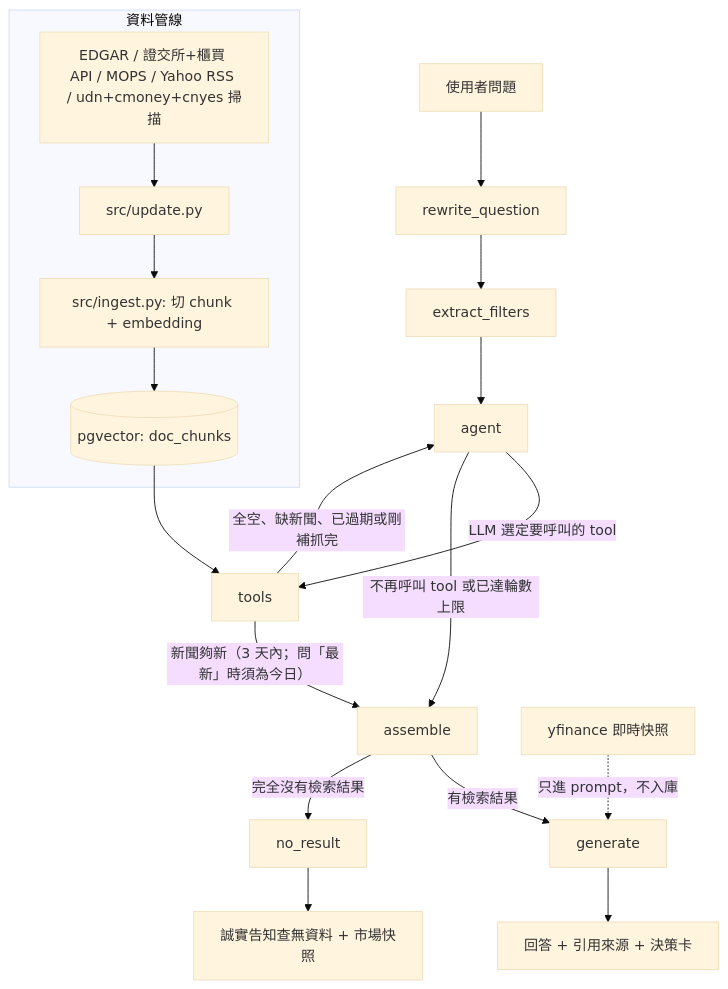
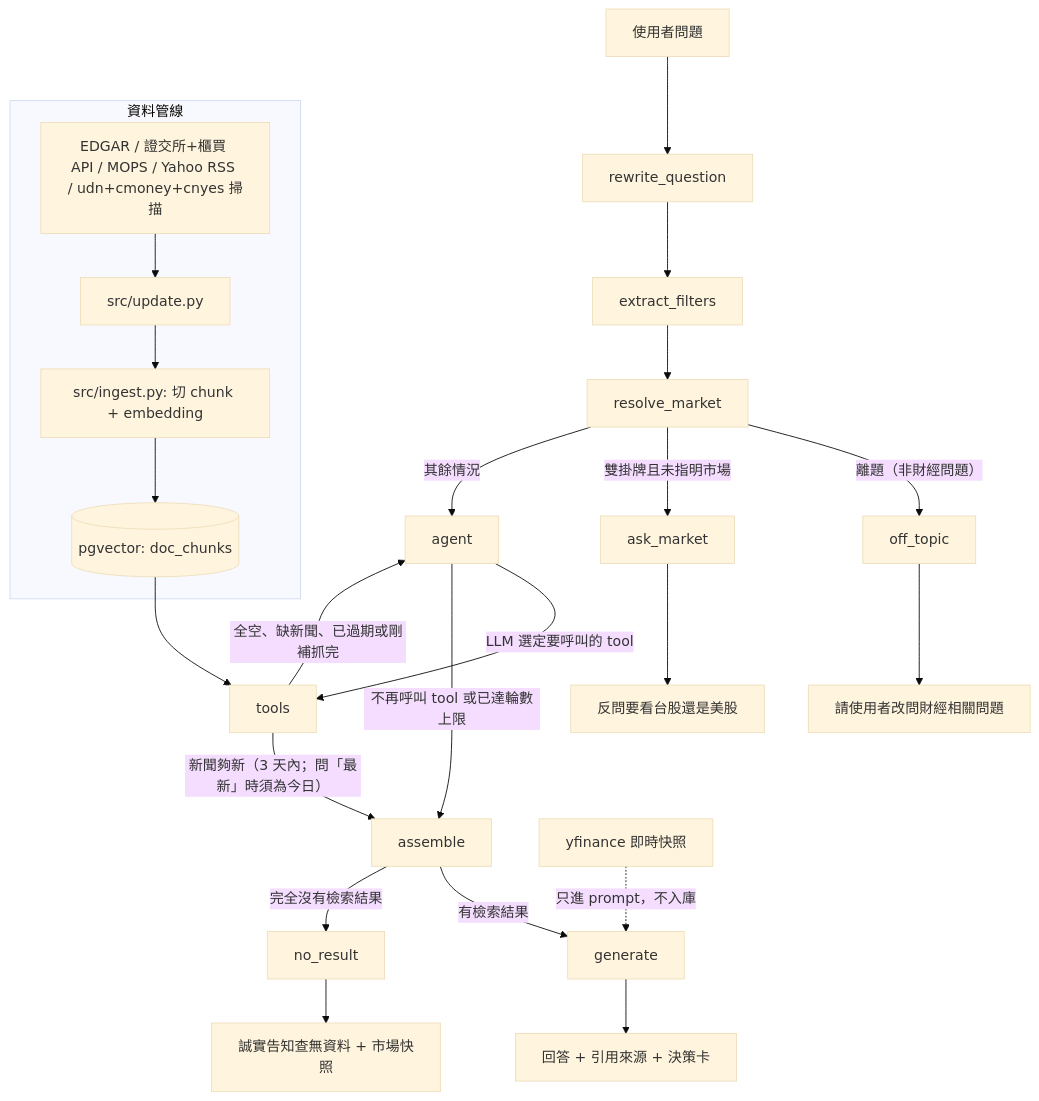
Before and after one commit to thelilywang/finance-ai-assistant: the second of 2 diagrams in README.md, drawn with Mermaid (base theme). The commit also changed other lines of this file and 2 other files, not shown here.

Commit message:
docs: regenerate the architecture diagrams from the compiled graph
The six mermaid blocks still showed extract_filters feeding straight
into agent. resolve_market and ask_market had been missing since the
dual-listing work, and off_topic is new.

All six are rebuilt from build_graph().get_graph().draw_mermaid() so the
node and edge sets match the code rather than an earlier sketch. The
one-line node flow strings and the node tables are updated to match.

````diff
--- a/README.md
+++ b/README.md
@@ -173,22 +178,27 @@
 ```mermaid
 flowchart TD
     U[使用者問題] --> RW[rewrite_question]
     RW --> EF[extract_filters]
-    EF --> AG[agent]
+    EF --> RM[resolve_market]
+    RM -->|"離題（非財經問題）"| OT[off_topic]
+    RM -->|"雙掛牌且未指明市場"| AM[ask_market]
+    RM -->|其餘情況| AG[agent]
     AG -->|LLM 選定要呼叫的 tool| TL[tools]
     AG -->|不再呼叫 tool 或已達輪數上限| AS[assemble]
     TL -->|"新聞夠新（3 天內；問「最新」時須為今日）"| AS
     TL -->|"全空、缺新聞、已過期或剛補抓完"| AG
     AS -->|有檢索結果| GEN[generate]
     AS -->|完全沒有檢索結果| NR[no_result]
     GEN --> A[回答 + 引用來源 + 決策卡]
     NR --> B[誠實告知查無資料 + 市場快照]
+    OT --> C[請使用者改問財經相關問題]
+    AM --> D[反問要看台股還是美股]
 
     subgraph 資料管線
         SRC[EDGAR / 證交所+櫃買 API / MOPS / Yahoo RSS / udn+cmoney+cnyes 掃描] --> UP[src/update.py]
         UP --> ING[src/ingest.py: 切 chunk + embedding]
         ING --> PG[(pgvector: doc_chunks)]
     end
     PG --> TL
     YF[yfinance 即時快照] -.只進 prompt，不入庫.-> GEN
 ```
````
